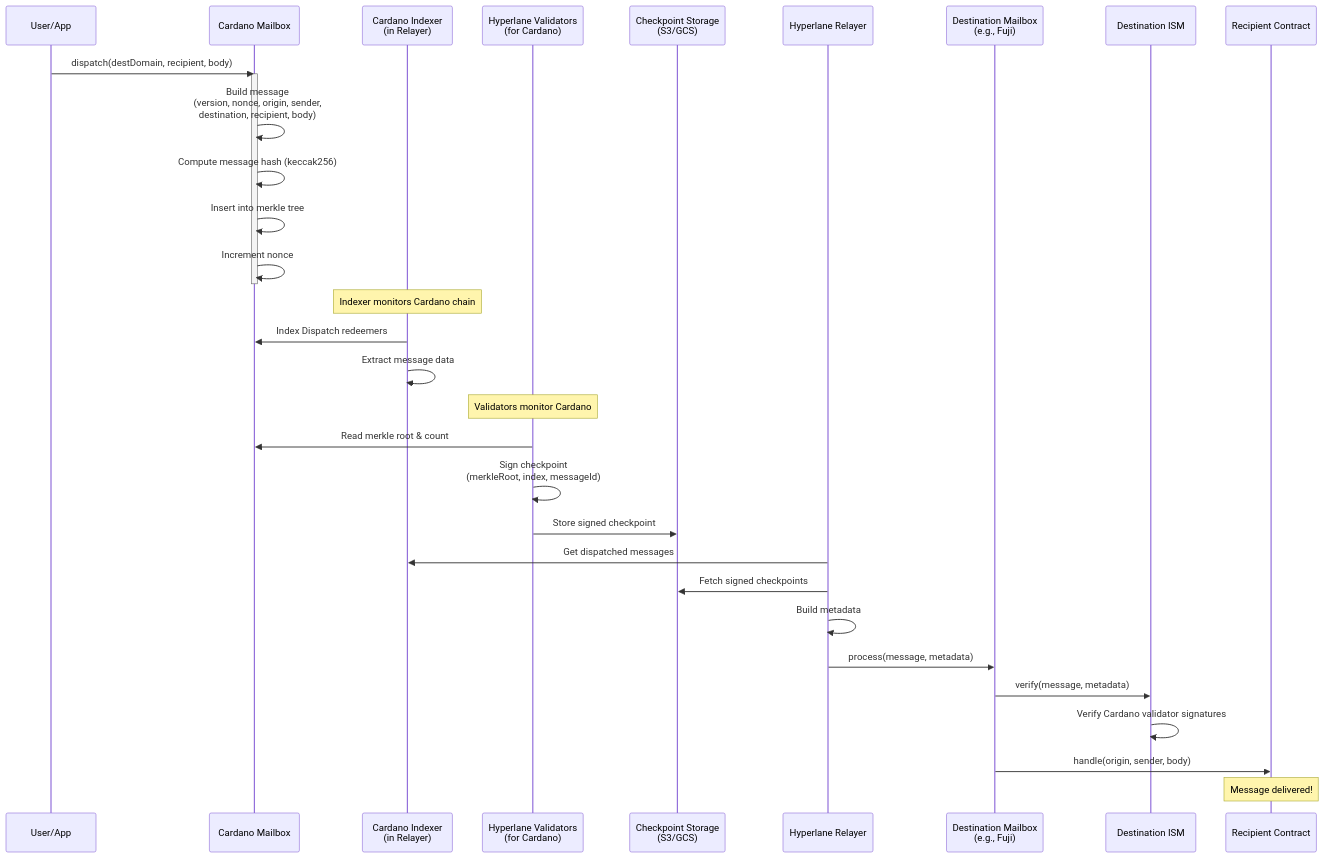
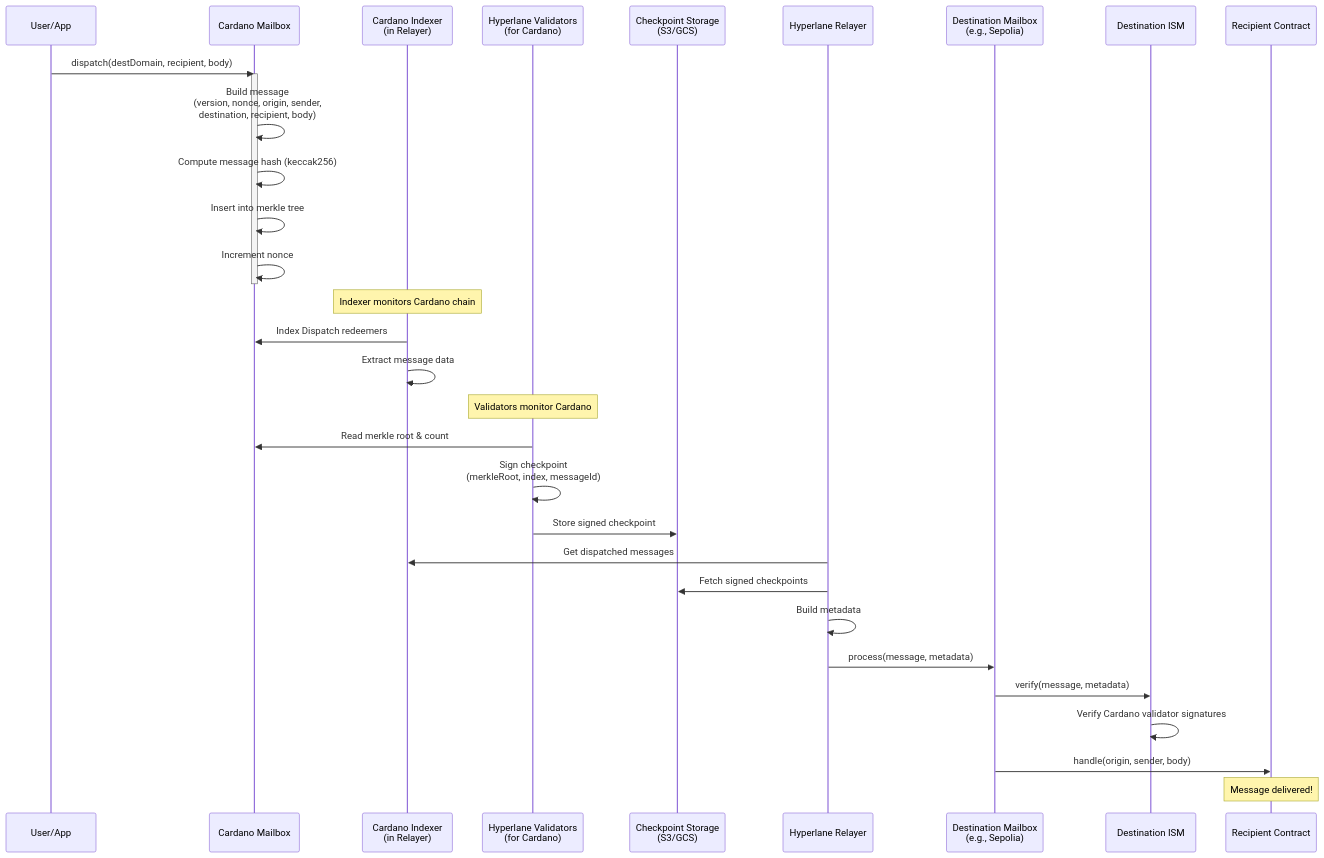
Before and after one commit to equilibriumco/hyperlane-monorepo: the seventh of 11 diagrams in cardano/docs/CARDANO_GUIDE.md, drawn with Mermaid. The commit also changed other lines of this file and 2 other files, not shown here.

First line of the commit message:
docs(cardano): use Sepolia instead of Fuji in guides

````diff
--- a/cardano/docs/CARDANO_GUIDE.md
+++ b/cardano/docs/CARDANO_GUIDE.md
@@ -321,41 +321,41 @@
 ```mermaid
 sequenceDiagram
     participant User as User/App
     participant CardanoMailbox as Cardano Mailbox
     participant CardanoIndexer as Cardano Indexer<br/>(in Relayer)
     participant Validators as Hyperlane Validators<br/>(for Cardano)
     participant Storage as Checkpoint Storage<br/>(S3/GCS)
     participant Relayer as Hyperlane Relayer
-    participant DestMailbox as Destination Mailbox<br/>(e.g., Fuji)
+    participant DestMailbox as Destination Mailbox<br/>(e.g., Sepolia)
     participant DestISM as Destination ISM
     participant Recipient as Recipient Contract
 
     User->>CardanoMailbox: dispatch(destDomain, recipient, body)
 
     activate CardanoMailbox
     CardanoMailbox->>CardanoMailbox: Build message<br/>(version, nonce, origin, sender,<br/>destination, recipient, body)
     CardanoMailbox->>CardanoMailbox: Compute message hash (keccak256)
     CardanoMailbox->>CardanoMailbox: Insert into merkle tree
     CardanoMailbox->>CardanoMailbox: Increment nonce
     deactivate CardanoMailbox
 
     Note over CardanoIndexer: Indexer monitors Cardano chain
     CardanoIndexer->>CardanoMailbox: Index Dispatch redeemers
     CardanoIndexer->>CardanoIndexer: Extract message data
 
     Note over Validators: Validators monitor Cardano
     Validators->>CardanoMailbox: Read merkle root & count
     Validators->>Validators: Sign checkpoint<br/>(merkleRoot, index, messageId)
     Validators->>Storage: Store signed checkpoint
 
     Relayer->>CardanoIndexer: Get dispatched messages
     Relayer->>Storage: Fetch signed checkpoints
     Relayer->>Relayer: Build metadata
 
     Relayer->>DestMailbox: process(message, metadata)
     DestMailbox->>DestISM: verify(message, metadata)
     DestISM->>DestISM: Verify Cardano validator signatures
     DestMailbox->>Recipient: handle(origin, sender, body)
 
     Note over Recipient: Message delivered!
 ```
````
